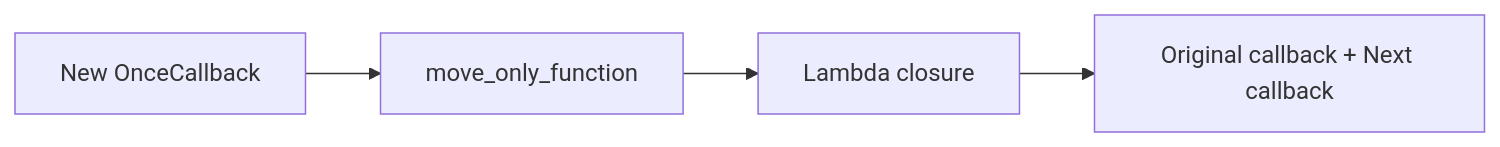
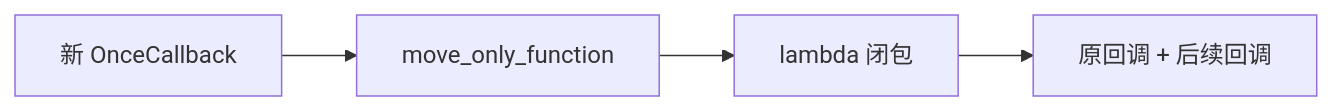
One commit to Awesome-Embedded-Learning-Studio/Tutorial_AwesomeModernCPP changed the diagram in documents/en/vol9-open-source-project-learn/chrome/01_once_callback/full/01-5-once-callback-then-chaining.md. Above: the diagram before and after it, drawn with Mermaid. The commit also changed other lines of this file and 388 other files, not shown here.

````diff
--- a/documents/en/vol9-open-source-project-learn/chrome/01_once_callback/full/01-5-once-callback-then-chaining.md
+++ b/documents/en/vol9-open-source-project-learn/chrome/01_once_callback/full/01-5-once-callback-then-chaining.md
@@ -75,4 +81,4 @@
 ```mermaid
 graph LR
-    A["New OnceCallback"] --> B["move_only_function"] --> C["Lambda closure"] --> D["Original callback + Next callback"]
+    A["新 OnceCallback"] --> B["move_only_function"] --> C["lambda 闭包"] --> D["原回调 + 后续回调"]
 ```
````
